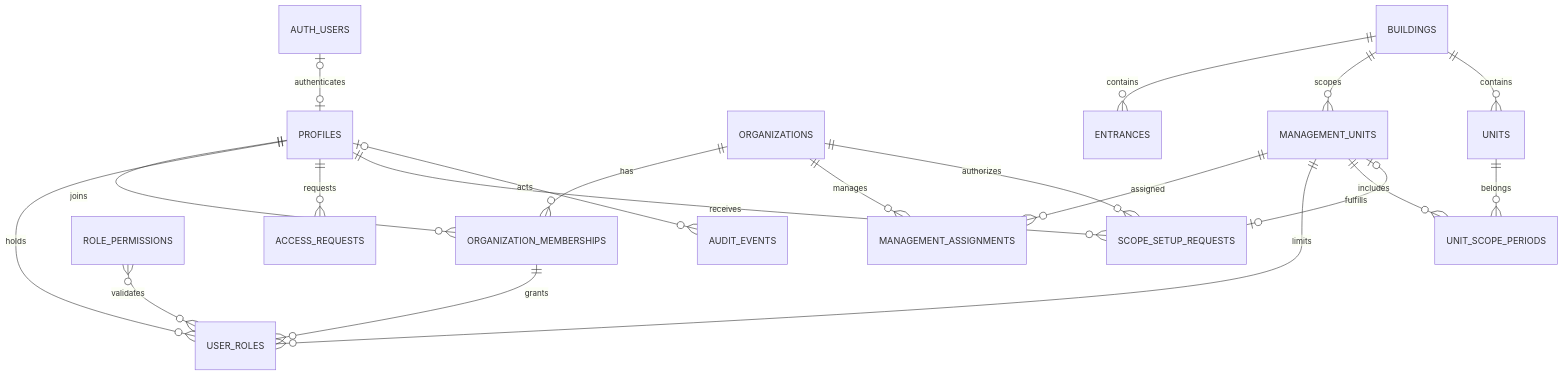
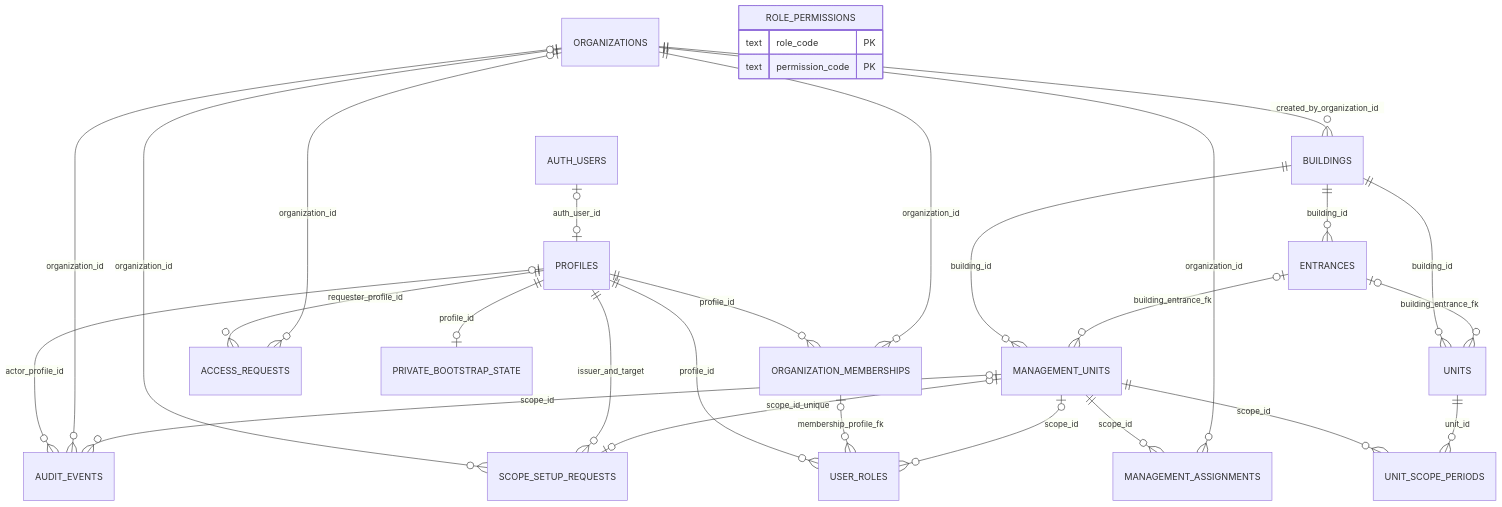
The second of 3 diagrams in docs/public/ARCHITECTURE.md (ilopolo/PropertyHub), drawn with Mermaid before and after one commit. The commit also changed other lines of this file and 2 other files, not shown here.

Commit message:
Refresh public documentation and current registry ER diagrams

````diff
--- a/docs/public/ARCHITECTURE.md
+++ b/docs/public/ARCHITECTURE.md
@@ -45,22 +31,32 @@
 ```mermaid
 erDiagram
-    AUTH_USERS o|--o| PROFILES : authenticates
-    PROFILES ||--o{ ORGANIZATION_MEMBERSHIPS : joins
-    ORGANIZATIONS ||--o{ ORGANIZATION_MEMBERSHIPS : has
-    ORGANIZATION_MEMBERSHIPS ||--o{ USER_ROLES : grants
-    PROFILES ||--o{ USER_ROLES : holds
-    ROLE_PERMISSIONS }o--o{ USER_ROLES : validates
-    BUILDINGS ||--o{ ENTRANCES : contains
-    BUILDINGS ||--o{ MANAGEMENT_UNITS : scopes
-    BUILDINGS ||--o{ UNITS : contains
-    MANAGEMENT_UNITS ||--o{ MANAGEMENT_ASSIGNMENTS : assigned
-    ORGANIZATIONS ||--o{ MANAGEMENT_ASSIGNMENTS : manages
-    MANAGEMENT_UNITS ||--o{ USER_ROLES : limits
-    MANAGEMENT_UNITS ||--o{ UNIT_SCOPE_PERIODS : includes
-    UNITS ||--o{ UNIT_SCOPE_PERIODS : belongs
-    PROFILES ||--o{ ACCESS_REQUESTS : requests
-    ORGANIZATIONS ||--o{ SCOPE_SETUP_REQUESTS : authorizes
-    PROFILES ||--o{ SCOPE_SETUP_REQUESTS : receives
-    MANAGEMENT_UNITS o|--o| SCOPE_SETUP_REQUESTS : fulfills
-    PROFILES o|--o{ AUDIT_EVENTS : acts
+    AUTH_USERS o|--o| PROFILES : auth_user_id
+    PROFILES ||--o{ ORGANIZATION_MEMBERSHIPS : profile_id
+    ORGANIZATIONS ||--o{ ORGANIZATION_MEMBERSHIPS : organization_id
+    PROFILES ||--o{ USER_ROLES : profile_id
+    ORGANIZATION_MEMBERSHIPS o|--o{ USER_ROLES : membership_profile_fk
+    MANAGEMENT_UNITS o|--o{ USER_ROLES : scope_id
+    ORGANIZATIONS ||--o{ BUILDINGS : created_by_organization_id
+    BUILDINGS ||--o{ ENTRANCES : building_id
+    BUILDINGS ||--o{ MANAGEMENT_UNITS : building_id
+    ENTRANCES o|--o{ MANAGEMENT_UNITS : building_entrance_fk
+    BUILDINGS ||--o{ UNITS : building_id
+    ENTRANCES o|--o{ UNITS : building_entrance_fk
+    MANAGEMENT_UNITS ||--o{ MANAGEMENT_ASSIGNMENTS : scope_id
+    ORGANIZATIONS ||--o{ MANAGEMENT_ASSIGNMENTS : organization_id
+    MANAGEMENT_UNITS ||--o{ UNIT_SCOPE_PERIODS : scope_id
+    UNITS ||--o{ UNIT_SCOPE_PERIODS : unit_id
+    PROFILES ||--o{ ACCESS_REQUESTS : requester_profile_id
+    ORGANIZATIONS o|--o{ ACCESS_REQUESTS : organization_id
+    ORGANIZATIONS ||--o{ SCOPE_SETUP_REQUESTS : organization_id
+    PROFILES ||--o{ SCOPE_SETUP_REQUESTS : issuer_and_target
+    MANAGEMENT_UNITS o|--o| SCOPE_SETUP_REQUESTS : scope_id_unique
+    PROFILES o|--o{ AUDIT_EVENTS : actor_profile_id
+    ORGANIZATIONS o|--o{ AUDIT_EVENTS : organization_id
+    MANAGEMENT_UNITS o|--o{ AUDIT_EVENTS : scope_id
+    PROFILES ||--o| PRIVATE_BOOTSTRAP_STATE : profile_id
+    ROLE_PERMISSIONS {
+        text role_code PK
+        text permission_code PK
+    }
 ```
````
